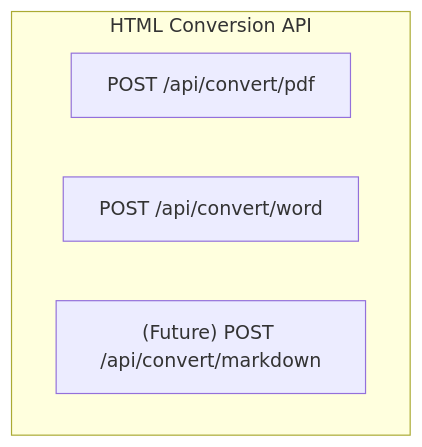
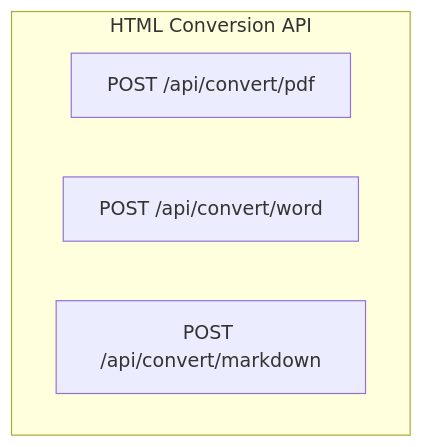
One commit to Hemanth0411/html-conversion-api changed the first of 3 diagrams in README.md. Above: the diagram before and after it, drawn with Mermaid. The commit also changed other lines of this file and 4 other files, not shown here.

````diff
--- a/README.md
+++ b/README.md
@@ -54,8 +54,8 @@
 ```mermaid
 graph TD
     subgraph "HTML Conversion API"
         A["POST /api/convert/pdf"]
         B["POST /api/convert/word"]
-        C["(Future) POST /api/convert/markdown"]
+        C["POST /api/convert/markdown"]
     end
 ```
````
